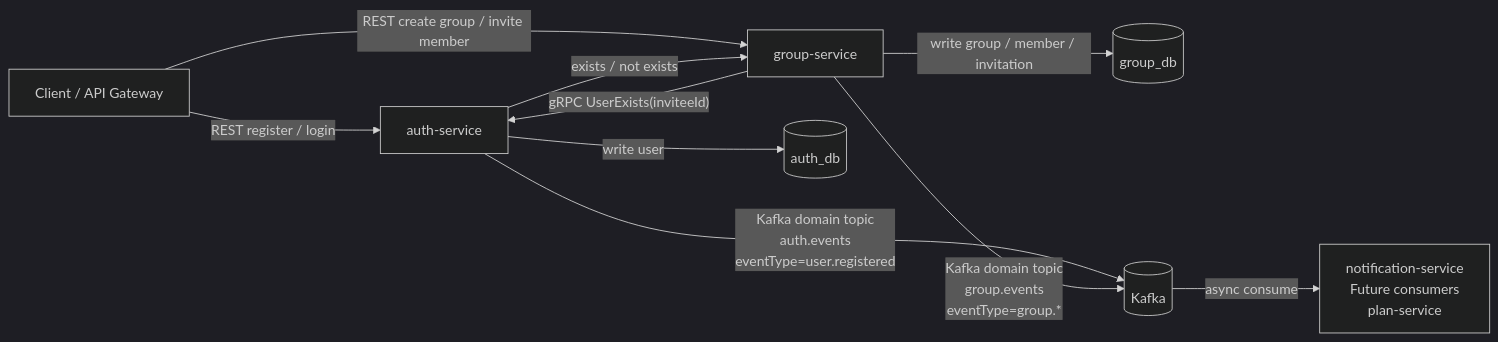
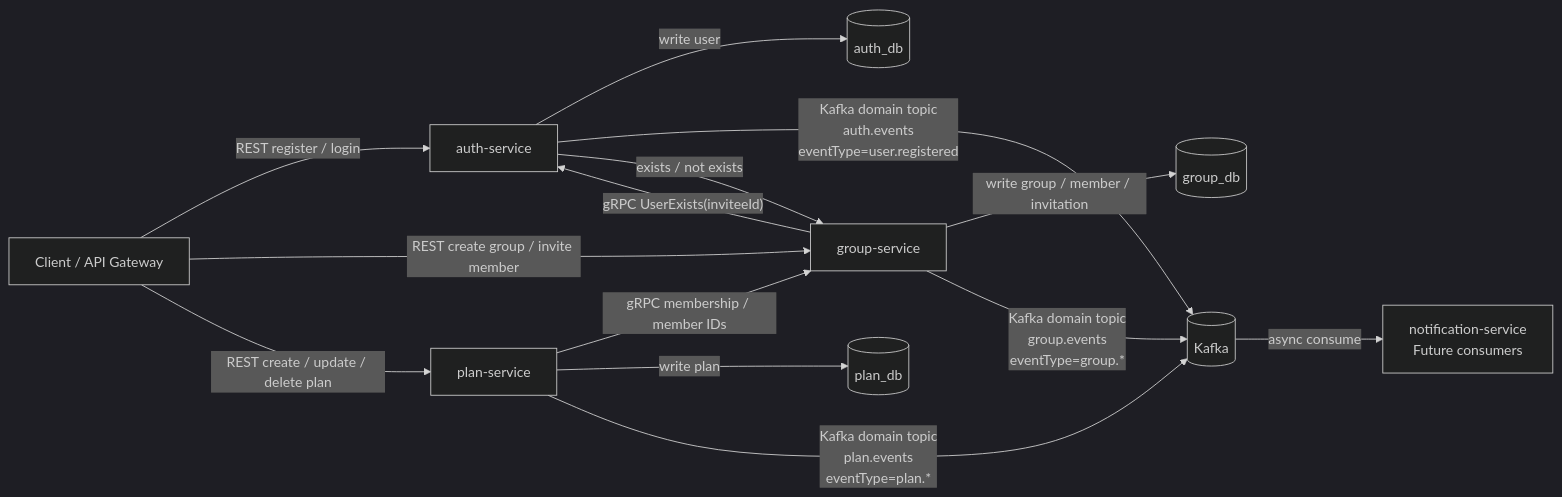
The diagram in docs/grpc-kafka-flow.md (julynguyen247/starlyvia), drawn with Mermaid (dark theme) before and after one commit. The commit also changed 66 other files, not shown here.

````diff
--- a/docs/grpc-kafka-flow.md
+++ b/docs/grpc-kafka-flow.md
@@ -3,22 +3,29 @@
 ```mermaid
 flowchart LR
     Client[Client / API Gateway]
     Auth[auth-service]
     Group[group-service]
+    Plan[plan-service]
     AuthDb[(auth_db)]
     GroupDb[(group_db)]
+    PlanDb[(plan_db)]
     Kafka[(Kafka)]
-    Consumers[notification-service<br/>Future consumers<br/>plan-service]
+    Consumers[notification-service<br/>Future consumers]
 
     Client -- REST register / login --> Auth
     Auth -- write user --> AuthDb
     Auth -- Kafka domain topic<br/>auth.events<br/>eventType=user.registered --> Kafka
 
     Client -- REST create group / invite member --> Group
     Group -- gRPC UserExists(inviteeId) --> Auth
     Auth -- exists / not exists --> Group
     Group -- write group / member / invitation --> GroupDb
     Group -- Kafka domain topic<br/>group.events<br/>eventType=group.* --> Kafka
 
+    Client -- REST create / update / delete plan --> Plan
+    Plan -- gRPC membership / member IDs --> Group
+    Plan -- write plan --> PlanDb
+    Plan -- Kafka domain topic<br/>plan.events<br/>eventType=plan.* --> Kafka
+
     Kafka -- async consume --> Consumers
 ```
````
